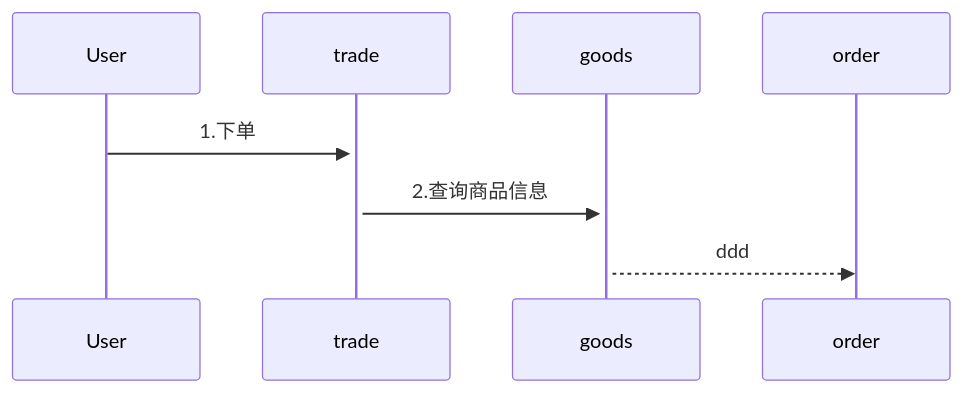
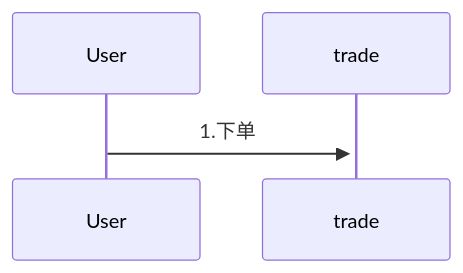
The diagram in all/未命名-6.md (yingjianzh/iodraw-files), drawn with Mermaid before and after one commit.

Commit message:
2024-08-19 15:00:12 update

````diff
--- a/all/未命名-6.md
+++ b/all/未命名-6.md
@@ -1,6 +1,5 @@
 ```mermaid
 sequenceDiagram
     User->>+trade: 1.下单
-    trade->>+goods: 2.查询商品信息
-    goods-->>order: ddd
+    
 ```
````
